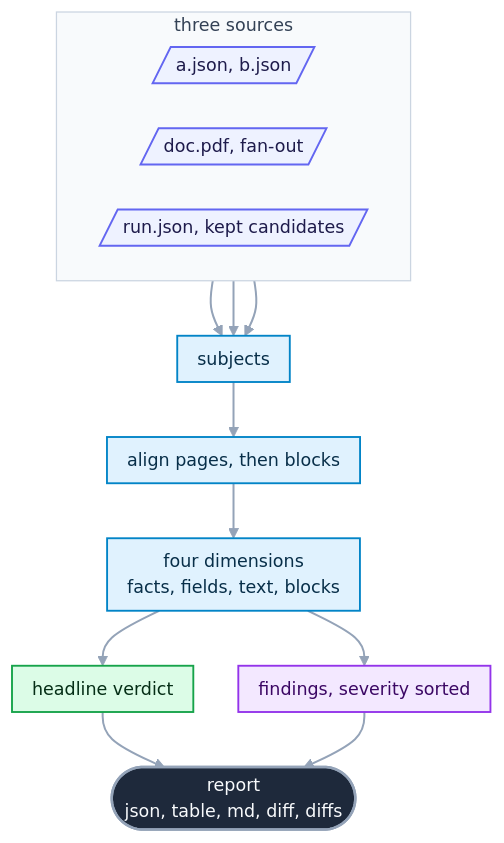
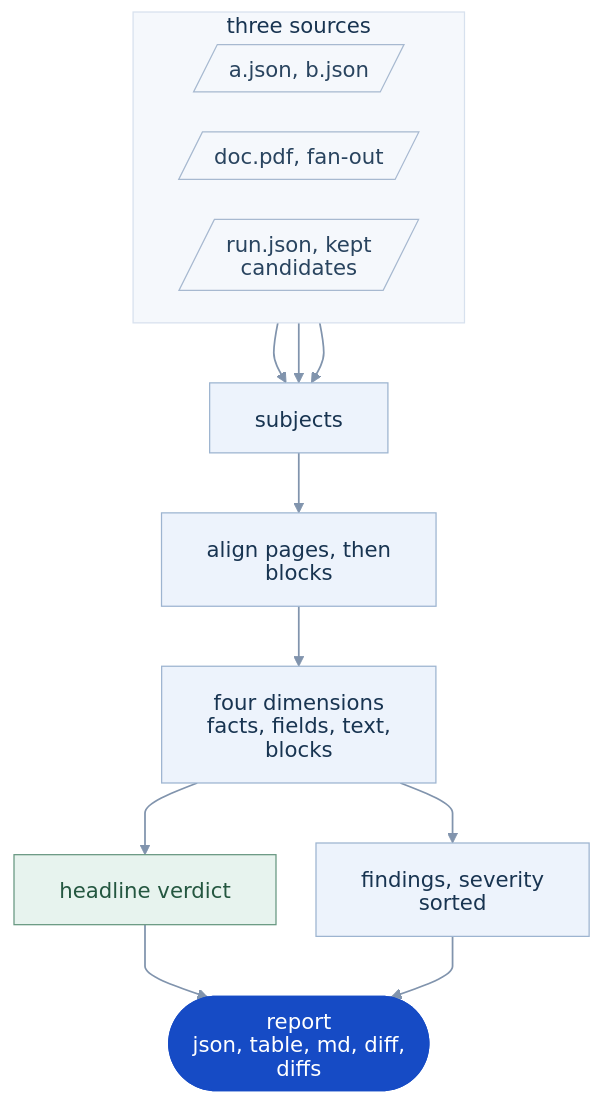
Before and after one commit to openreading-ai/openreading-core: the diagram in src/openreading/comparison/README.md, drawn with Mermaid. The commit also changed other lines of this file and 35 other files, not shown here.

First line of the commit message:
docs: unify README diagrams and add tutorial website (#43)

````diff
--- a/src/openreading/comparison/README.md
+++ b/src/openreading/comparison/README.md
@@ -35,28 +44,28 @@
 ```mermaid
-%%{init: {"theme":"base","themeVariables":{"fontFamily":"ui-sans-serif, system-ui, -apple-system, Segoe UI, Roboto, sans-serif","fontSize":"14px","lineColor":"#94a3b8","textColor":"#334155","primaryTextColor":"#0f172a","edgeLabelBackground":"#eef2f7","clusterBkg":"#f8fafc","clusterBorder":"#cbd5e1","titleColor":"#334155"},"flowchart":{"curve":"basis","nodeSpacing":36,"rankSpacing":44,"padding":8,"useMaxWidth":true}}}%%
+%%{init: {"theme":"base","fontFamily":"Arial","deterministicIds":true,"deterministicIDSeed":"openreading","htmlLabels":false,"themeVariables":{"fontFamily":"Arial","fontSize":"17px","lineColor":"#8194ad","textColor":"#183451","primaryTextColor":"#183451","primaryColor":"#edf3fc","primaryBorderColor":"#9db4d0","edgeLabelBackground":"#ffffff","clusterBkg":"#f5f8fc","clusterBorder":"#d7e1ee","titleColor":"#183451","actorBkg":"#edf3fc","actorBorder":"#9db4d0","actorTextColor":"#183451","actorLineColor":"#9db4d0","signalColor":"#527095","signalTextColor":"#183451","labelBoxBkgColor":"#fff4de","labelBoxBorderColor":"#c6953a","labelTextColor":"#70501b","loopTextColor":"#527095","noteBkgColor":"#edf3fc","noteBorderColor":"#9db4d0","noteTextColor":"#183451","sequenceNumberColor":"#ffffff","activationBkgColor":"#e7f3ee","activationBorderColor":"#679780"},"flowchart":{"curve":"monotoneY","nodeSpacing":32,"rankSpacing":48,"padding":18,"useMaxWidth":true},"sequence":{"useMaxWidth":true,"actorMargin":65,"messageMargin":38,"mirrorActors":false}}}%%
 flowchart TD
   subgraph IN["three sources"]
     direction LR
     A[/"a.json, b.json"/]:::src
     B[/"doc.pdf, fan-out"/]:::src
     C[/"run.json, kept candidates"/]:::src
   end
   A --> S["subjects"]:::work
   B --> S
   C --> S
   S --> AL["align pages, then blocks"]:::work
   AL --> F["four dimensions<br>facts, fields, text, blocks"]:::work
   F --> H["headline verdict"]:::good
   F --> G["findings, severity sorted"]:::out
   H --> R(["report<br>json, table, md, diff, diffs"]):::hero
   G --> R
-  classDef src fill:#eef2ff,stroke:#6366f1,stroke-width:1.5px,color:#1e1b4b;
-  classDef work fill:#e0f2fe,stroke:#0284c7,stroke-width:1.5px,color:#082f49;
-  classDef gate fill:#fef3c7,stroke:#d97706,stroke-width:1.5px,color:#451a03;
-  classDef good fill:#dcfce7,stroke:#16a34a,stroke-width:1.5px,color:#052e16;
-  classDef bad fill:#fee2e2,stroke:#dc2626,stroke-width:1.5px,color:#450a0a;
-  classDef store fill:#ccfbf1,stroke:#0d9488,stroke-width:1.5px,color:#042f2e;
-  classDef out fill:#f3e8ff,stroke:#9333ea,stroke-width:1.5px,color:#3b0764;
-  classDef hero fill:#1e293b,stroke:#94a3b8,stroke-width:2px,color:#f8fafc;
-  linkStyle default stroke-width:1.6px;
+  classDef src fill:#f5f8fc,stroke:#a7b9d0,stroke-width:1px,color:#29445f;
+  classDef work fill:#edf3fc,stroke:#9db4d0,stroke-width:1px,color:#183451;
+  classDef gate fill:#fff4de,stroke:#c6953a,stroke-width:1px,color:#70501b;
+  classDef good fill:#e7f3ee,stroke:#679780,stroke-width:1px,color:#245740;
+  classDef bad fill:#fbeeee,stroke:#c78686,stroke-width:1px,color:#803d3d;
+  classDef store fill:#e7f3ee,stroke:#679780,stroke-width:1px,color:#245740;
+  classDef out fill:#edf3fc,stroke:#9db4d0,stroke-width:1px,color:#183451;
+  classDef hero fill:#164bc5,stroke:#164bc5,stroke-width:1px,color:#ffffff;
+  linkStyle default stroke-width:1.4px;
 ```
````
